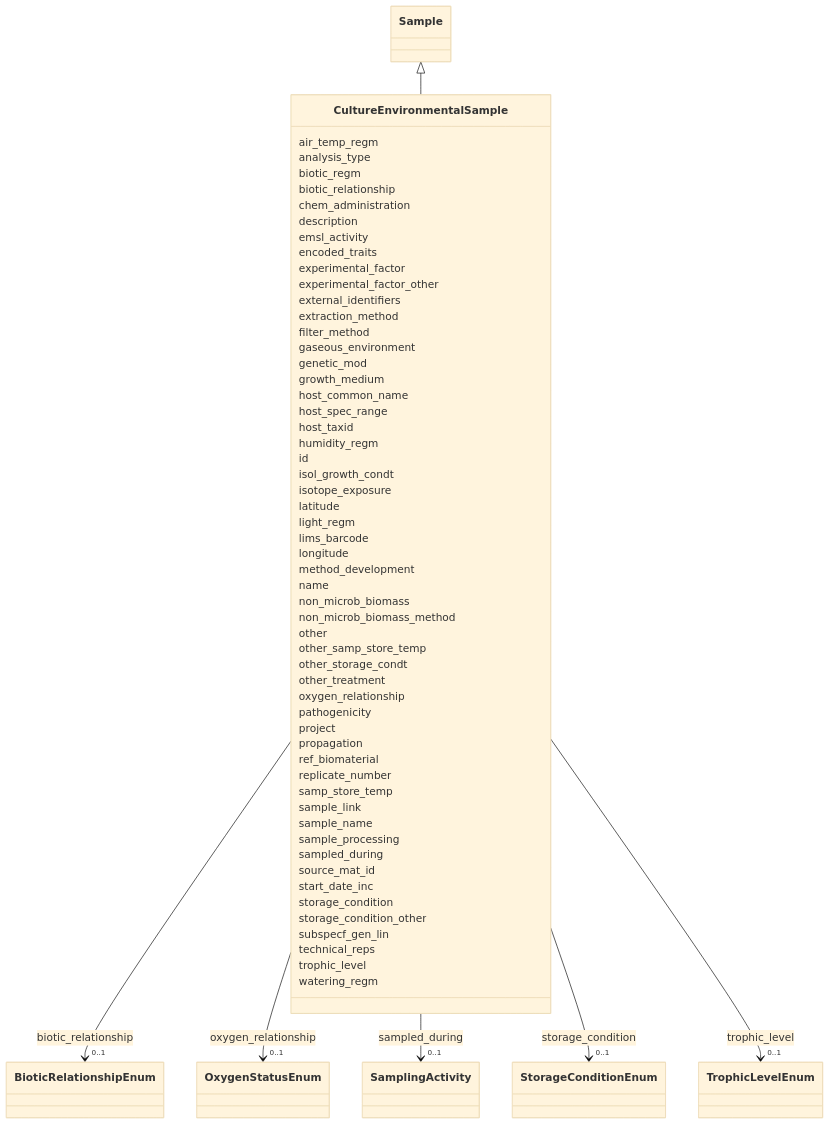
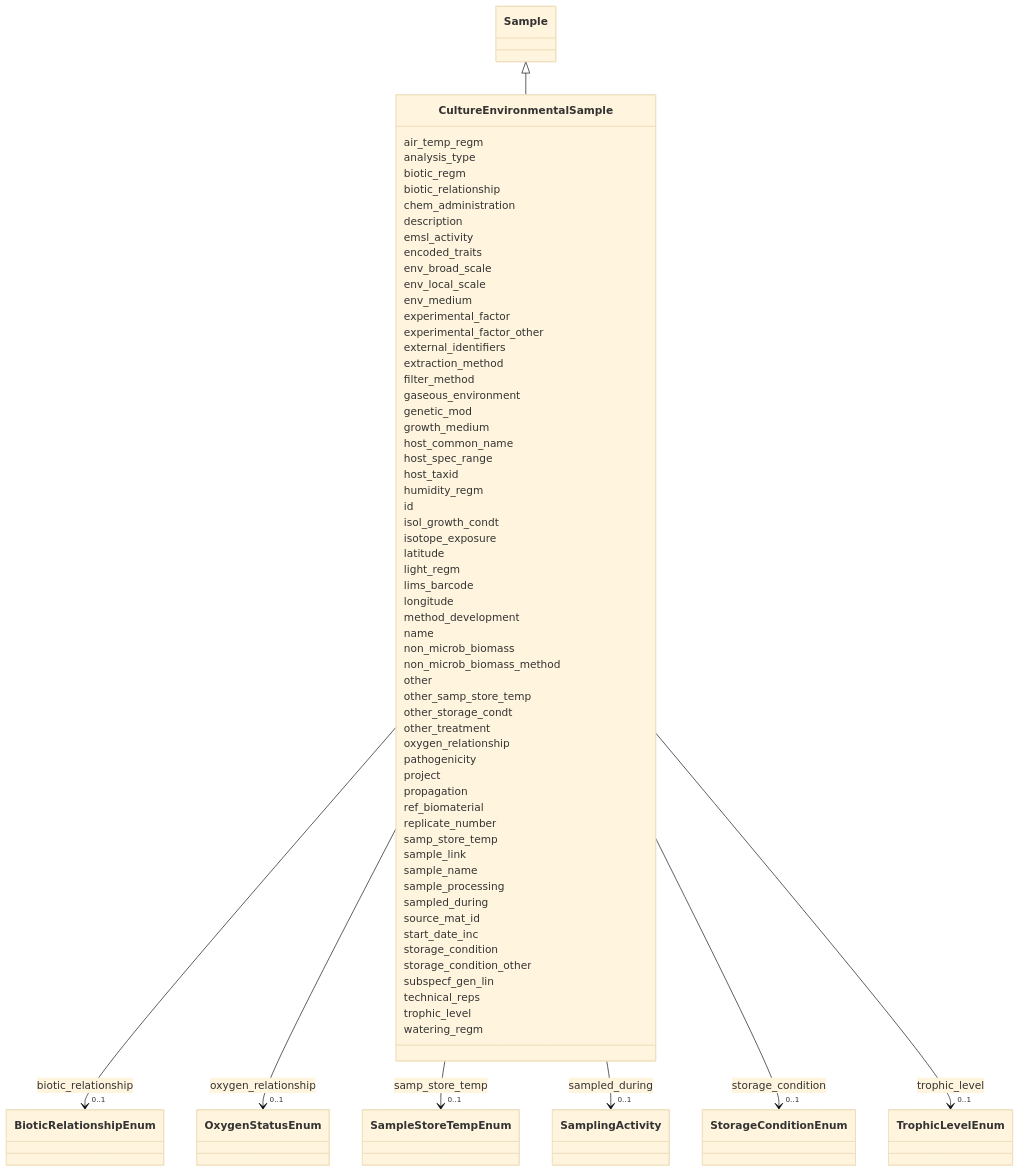
The diagram in docs/elements/CultureEnvironmentalSample.md (EMSL-Computing/BASALT-Schema), drawn with Mermaid (base theme) before and after one commit. The commit also changed other lines of this file and 388 other files, not shown here.

```diff
--- a/docs/elements/CultureEnvironmentalSample.md
+++ b/docs/elements/CultureEnvironmentalSample.md
@@ -48,6 +48,12 @@
       CultureEnvironmentalSample : emsl_activity
         
       CultureEnvironmentalSample : encoded_traits
+        
+      CultureEnvironmentalSample : env_broad_scale
+        
+      CultureEnvironmentalSample : env_local_scale
+        
+      CultureEnvironmentalSample : env_medium
         
       CultureEnvironmentalSample : experimental_factor
         
@@ -135,6 +141,11 @@
           
     
     
+    
+    
+    CultureEnvironmentalSample --> "0..1" SampleStoreTempEnum : samp_store_temp
+    click SampleStoreTempEnum href "../SampleStoreTempEnum"
+    
 
         
       CultureEnvironmentalSample : sample_link
```
